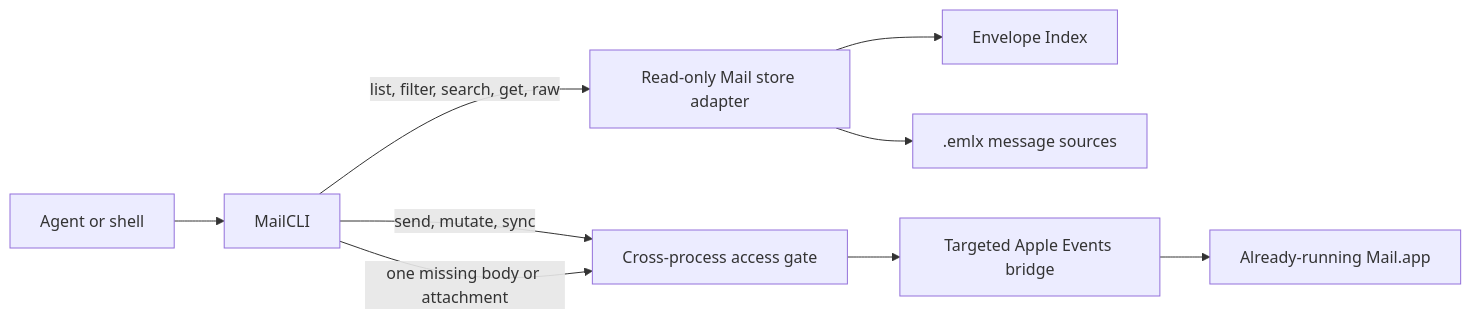
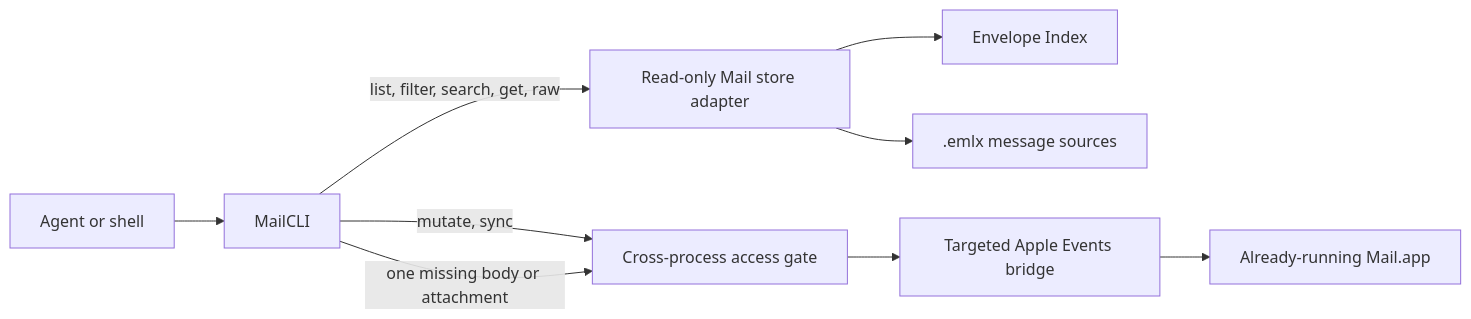
The diagram in README.md (Christopher-Schulze/MailCLI), drawn with Mermaid before and after one commit. The commit also changed other lines of this file and 39 other files, not shown here.

````diff
--- a/README.md
+++ b/README.md
@@ -52,11 +56,11 @@
 ```mermaid
 flowchart LR
     Agent["Agent or shell"] --> CLI["MailCLI"]
     CLI -->|"list, filter, search, get, raw"| Store["Read-only Mail store adapter"]
     Store --> Index["Envelope Index"]
     Store --> EMLX[".emlx message sources"]
-    CLI -->|"send, mutate, sync"| Gate["Cross-process access gate"]
+    CLI -->|"mutate, sync"| Gate["Cross-process access gate"]
     CLI -->|"one missing body or attachment"| Gate
     Gate --> Bridge["Targeted Apple Events bridge"]
     Bridge --> Mail["Already-running Mail.app"]
 ```
````
